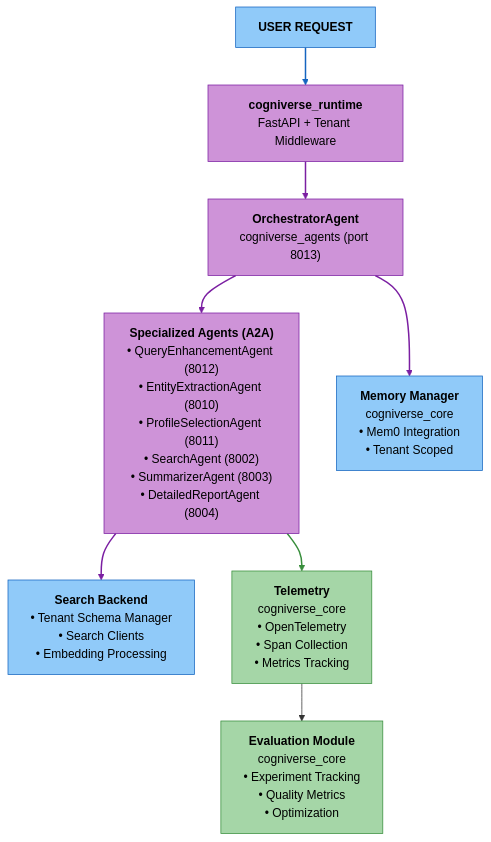
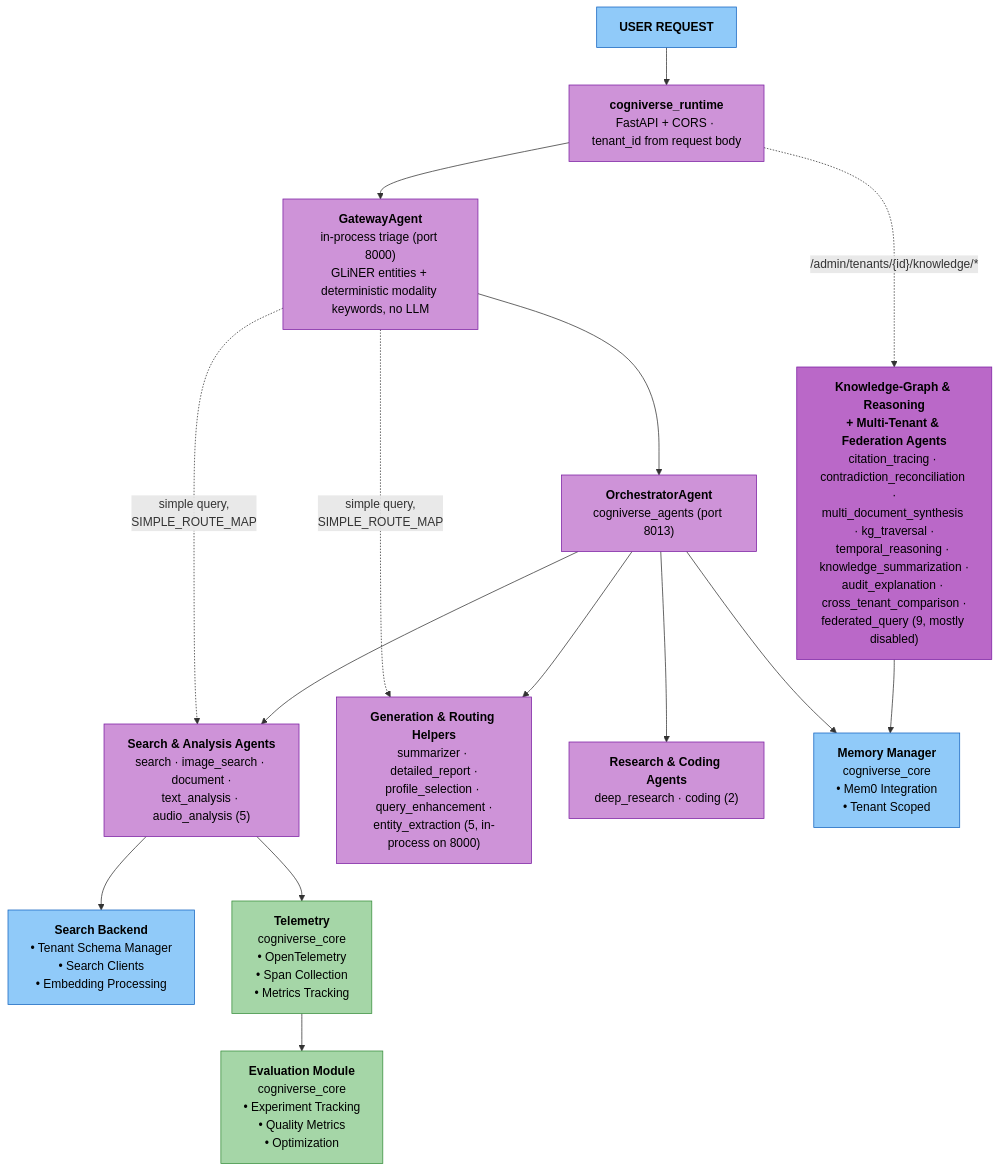
Before and after one commit to amit-jain/cogniverse: the fifth of 6 diagrams in docs/architecture/overview.md, drawn with Mermaid. The commit also changed other lines of this file and 119 other files, not shown here.

````diff
--- a/docs/architecture/overview.md
+++ b/docs/architecture/overview.md
@@ -515,29 +517,40 @@
 ```mermaid
 flowchart TB
-    User["<span style='color:#000'><b>USER REQUEST</b></span>"] --> Runtime["<span style='color:#000'><b>cogniverse_runtime</b><br/>FastAPI + Tenant Middleware</span>"]
+    User["<span style='color:#000'><b>USER REQUEST</b></span>"] --> Runtime["<span style='color:#000'><b>cogniverse_runtime</b><br/>FastAPI + CORS · tenant_id from request body</span>"]
 
-    Runtime --> Orchestrator["<span style='color:#000'><b>OrchestratorAgent</b><br/>cogniverse_agents (port 8013)</span>"]
+    Runtime --> Gateway["<span style='color:#000'><b>GatewayAgent</b><br/>in-process triage (port 8000)<br/>GLiNER entities + deterministic modality keywords, no LLM</span>"]
 
-    Orchestrator --> Agents["<span style='color:#000'><b>Specialized Agents (A2A)</b><br/>• QueryEnhancementAgent (8012)<br/>• EntityExtractionAgent (8010)<br/>• ProfileSelectionAgent (8011)<br/>• SearchAgent (8002)<br/>• SummarizerAgent (8003)<br/>• DetailedReportAgent (8004)</span>"]
+    Gateway --> Orchestrator["<span style='color:#000'><b>OrchestratorAgent</b><br/>cogniverse_agents (port 8013)</span>"]
 
-    Agents --> Backend["<span style='color:#000'><b>Search Backend</b><br/>• Tenant Schema Manager<br/>• Search Clients<br/>• Embedding Processing</span>"]
+    Gateway -.->|"simple query,<br/>SIMPLE_ROUTE_MAP"| SearchAnalysis
+    Gateway -.->|"simple query,<br/>SIMPLE_ROUTE_MAP"| GenRouting
+
+    Orchestrator --> SearchAnalysis["<span style='color:#000'><b>Search &amp; Analysis Agents</b><br/>search · image_search · document ·<br/>text_analysis · audio_analysis (5)</span>"]
+    Orchestrator --> GenRouting["<span style='color:#000'><b>Generation &amp; Routing Helpers</b><br/>summarizer · detailed_report ·<br/>profile_selection · query_enhancement ·<br/>entity_extraction (5, in-process on 8000)</span>"]
+    Orchestrator --> ResearchCoding["<span style='color:#000'><b>Research &amp; Coding Agents</b><br/>deep_research · coding (2)</span>"]
+
+    Runtime -.->|"/admin/tenants/{id}/knowledge/*"| KnowledgeTier["<span style='color:#000'><b>Knowledge-Graph &amp; Reasoning<br/>+ Multi-Tenant &amp; Federation Agents</b><br/>citation_tracing · contradiction_reconciliation ·<br/>multi_document_synthesis · kg_traversal ·<br/>temporal_reasoning · knowledge_summarization ·<br/>audit_explanation · cross_tenant_comparison ·<br/>federated_query (9, mostly disabled)</span>"]
+
+    SearchAnalysis --> Backend["<span style='color:#000'><b>Search Backend</b><br/>• Tenant Schema Manager<br/>• Search Clients<br/>• Embedding Processing</span>"]
 
     Orchestrator --> Memory["<span style='color:#000'><b>Memory Manager</b><br/>cogniverse_core<br/>• Mem0 Integration<br/>• Tenant Scoped</span>"]
 
-    Agents --> Telemetry["<span style='color:#000'><b>Telemetry</b><br/>cogniverse_core<br/>• OpenTelemetry<br/>• Span Collection<br/>• Metrics Tracking</span>"]
+    KnowledgeTier --> Memory
+
+    SearchAnalysis --> Telemetry["<span style='color:#000'><b>Telemetry</b><br/>cogniverse_core<br/>• OpenTelemetry<br/>• Span Collection<br/>• Metrics Tracking</span>"]
 
     Telemetry --> Evaluation["<span style='color:#000'><b>Evaluation Module</b><br/>cogniverse_core<br/>• Experiment Tracking<br/>• Quality Metrics<br/>• Optimization</span>"]
 
     style User fill:#90caf9,stroke:#1565c0,color:#000
     style Runtime fill:#ce93d8,stroke:#7b1fa2,color:#000
+    style Gateway fill:#ce93d8,stroke:#7b1fa2,color:#000
     style Orchestrator fill:#ce93d8,stroke:#7b1fa2,color:#000
-    style Agents fill:#ce93d8,stroke:#7b1fa2,color:#000
+    style SearchAnalysis fill:#ce93d8,stroke:#7b1fa2,color:#000
+    style GenRouting fill:#ce93d8,stroke:#7b1fa2,color:#000
+    style ResearchCoding fill:#ce93d8,stroke:#7b1fa2,color:#000
+    style KnowledgeTier fill:#ba68c8,stroke:#7b1fa2,color:#000
     style Backend fill:#90caf9,stroke:#1565c0,color:#000
     style Memory fill:#90caf9,stroke:#1565c0,color:#000
     style Telemetry fill:#a5d6a7,stroke:#388e3c,color:#000
     style Evaluation fill:#a5d6a7,stroke:#388e3c,color:#000
-
-    linkStyle 0 stroke:#1565c0,stroke-width:2px
-    linkStyle 1,2,3,4 stroke:#7b1fa2,stroke-width:2px
-    linkStyle 5 stroke:#388e3c,stroke-width:2px
 ```
````
